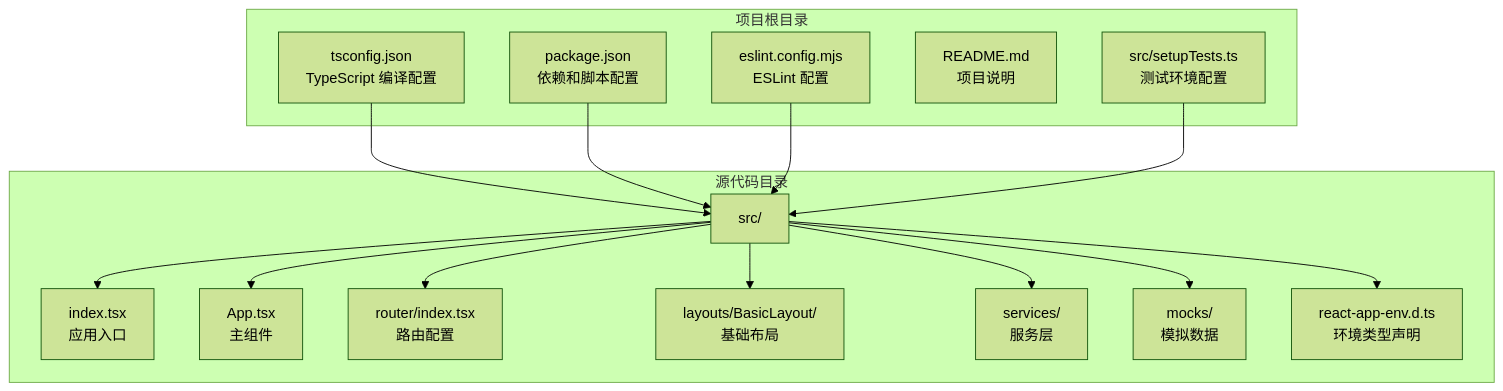
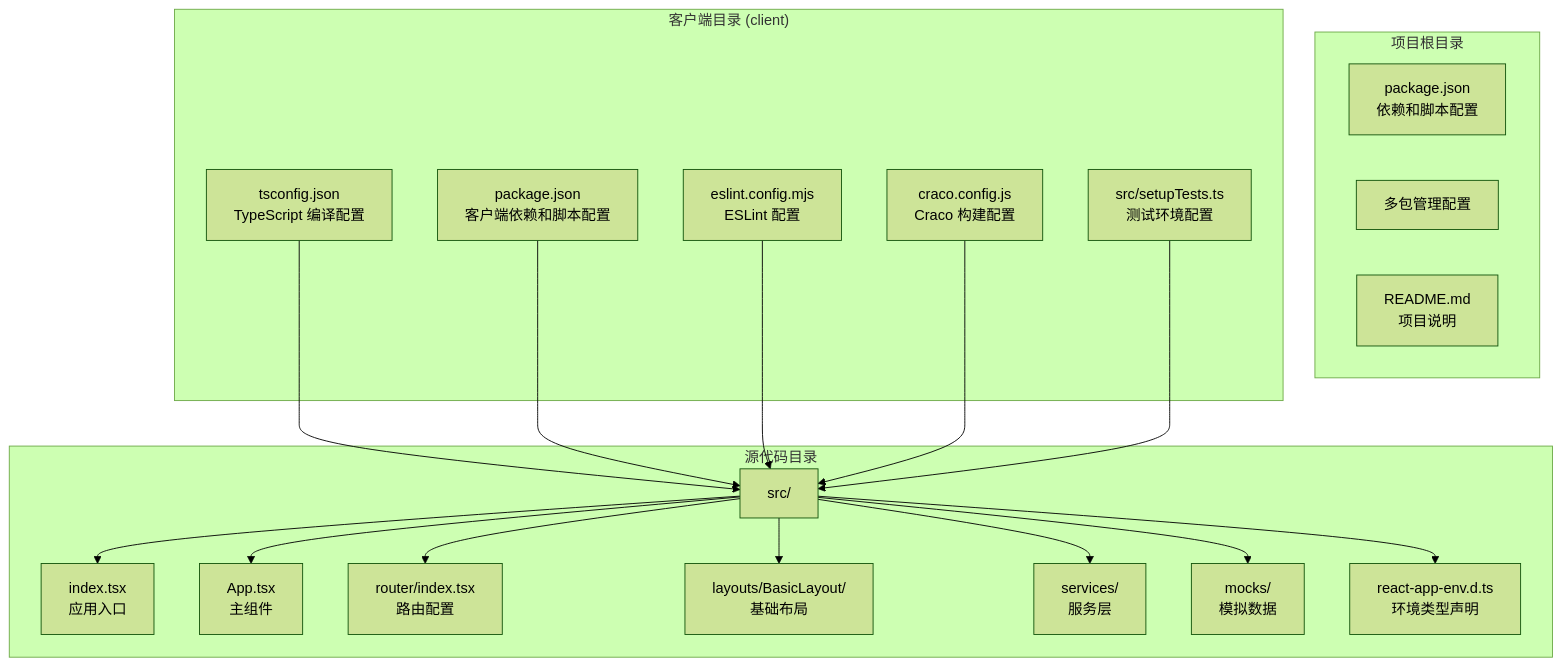
The first of 7 diagrams in .qoder/repowiki/zh/content/开发工具链/TypeScript 编译配置.md (kkxxll/reactNext), drawn with Mermaid (forest theme) before and after one commit. The commit also changed other lines of this file and 12 other files, not shown here.

````diff
--- a/.qoder/repowiki/zh/content/开发工具链/TypeScript 编译配置.md
+++ b/.qoder/repowiki/zh/content/开发工具链/TypeScript 编译配置.md
@@ -49,31 +53,37 @@
 ```mermaid
 graph TB
 subgraph "项目根目录"
+PKG["package.json<br/>依赖和脚本配置"]
+MONO["多包管理配置"]
+README["README.md<br/>项目说明"]
+end
+subgraph "客户端目录 (client)"
 TS["tsconfig.json<br/>TypeScript 编译配置"]
-PKG["package.json<br/>依赖和脚本配置"]
+PKG2["package.json<br/>客户端依赖和脚本配置"]
 ESL["eslint.config.mjs<br/>ESLint 配置"]
-README["README.md<br/>项目说明"]
+CRACO["craco.config.js<br/>Craco 构建配置"]
 SETUP["src/setupTests.ts<br/>测试环境配置"]
 end
 subgraph "源代码目录"
 SRC["src/"]
 IDX["index.tsx<br/>应用入口"]
 APP["App.tsx<br/>主组件"]
 ROUTER["router/index.tsx<br/>路由配置"]
 LAYOUT["layouts/BasicLayout/<br/>基础布局"]
 SERVICES["services/<br/>服务层"]
 MOCKS["mocks/<br/>模拟数据"]
 ENV["react-app-env.d.ts<br/>环境类型声明"]
 end
 TS --> SRC
-PKG --> SRC
+PKG2 --> SRC
 ESL --> SRC
+CRACO --> SRC
 SETUP --> SRC
 SRC --> IDX
 SRC --> APP
 SRC --> ROUTER
 SRC --> LAYOUT
 SRC --> SERVICES
 SRC --> MOCKS
 SRC --> ENV
 ```
````
